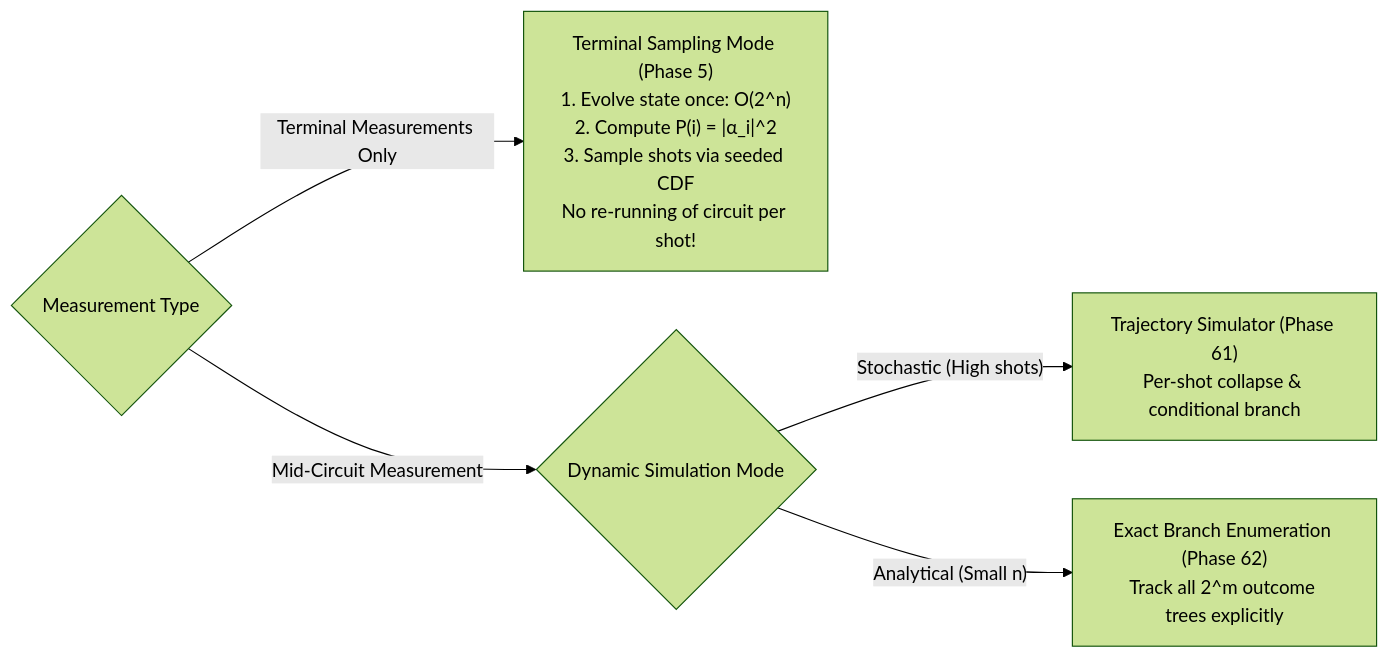
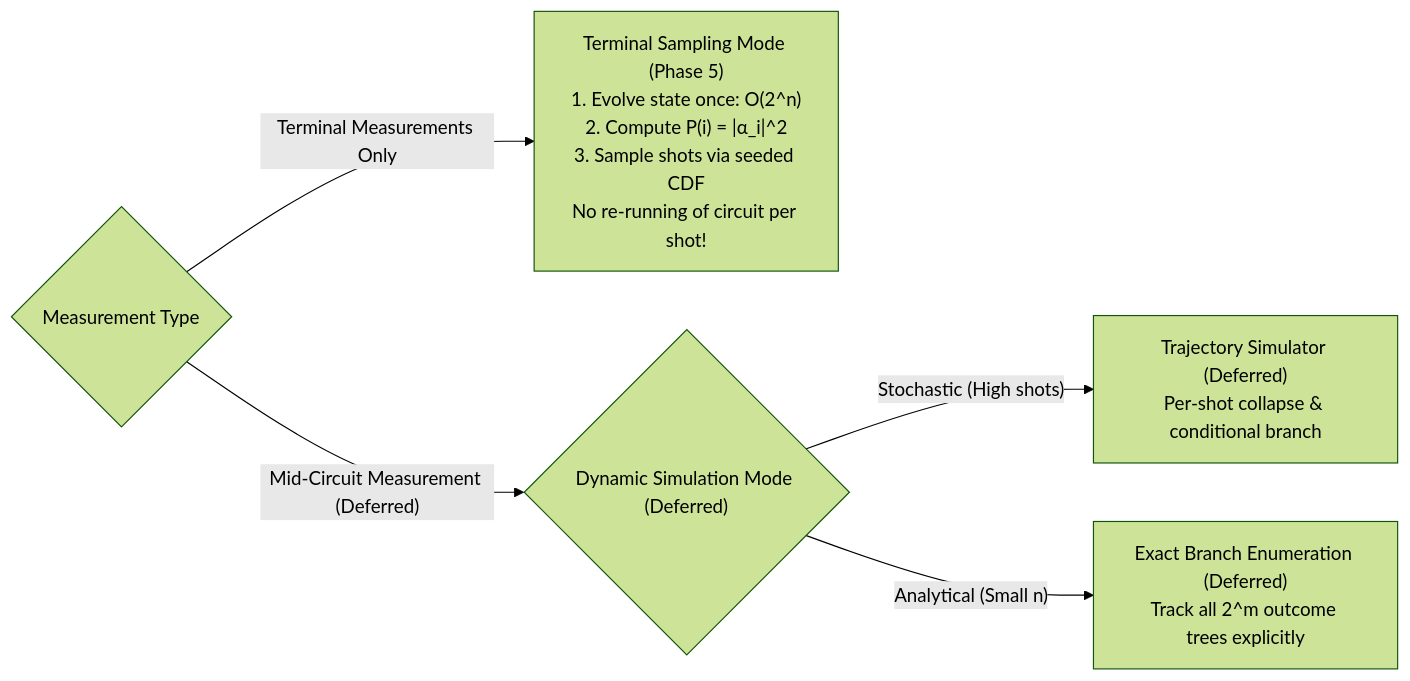
One commit to 000jitendra000/QCC_Quantum_Circuit_Compiler changed the second of 2 diagrams in docs/06-simulator-design.md. Above: the diagram before and after it, drawn with Mermaid (forest theme). The commit also changed other lines of this file and 23 other files, not shown here.

Commit message:
docs: synchronize repository docs, roadmap, and agent instructions with v3.1

````diff
--- a/docs/06-simulator-design.md
+++ b/docs/06-simulator-design.md
@@ -63,8 +63,8 @@
 ```mermaid
 flowchart LR
     Mode{"Measurement Type"}
     Mode -->|"Terminal Measurements Only"| Term["Terminal Sampling Mode (Phase 5)\n1. Evolve state once: O(2^n)\n2. Compute P(i) = |α_i|^2\n3. Sample shots via seeded CDF\nNo re-running of circuit per shot!"]
-    Mode -->|"Mid-Circuit Measurement"| Dyn{"Dynamic Simulation Mode"}
-    Dyn -->|"Stochastic (High shots)"| Traj["Trajectory Simulator (Phase 61)\nPer-shot collapse & conditional branch"]
-    Dyn -->|"Analytical (Small n)"| Exact["Exact Branch Enumeration (Phase 62)\nTrack all 2^m outcome trees explicitly"]
+    Mode -->|"Mid-Circuit Measurement (Deferred)"| Dyn{"Dynamic Simulation Mode (Deferred)"}
+    Dyn -->|"Stochastic (High shots)"| Traj["Trajectory Simulator (Deferred)\nPer-shot collapse & conditional branch"]
+    Dyn -->|"Analytical (Small n)"| Exact["Exact Branch Enumeration (Deferred)\nTrack all 2^m outcome trees explicitly"]
 ```
````
